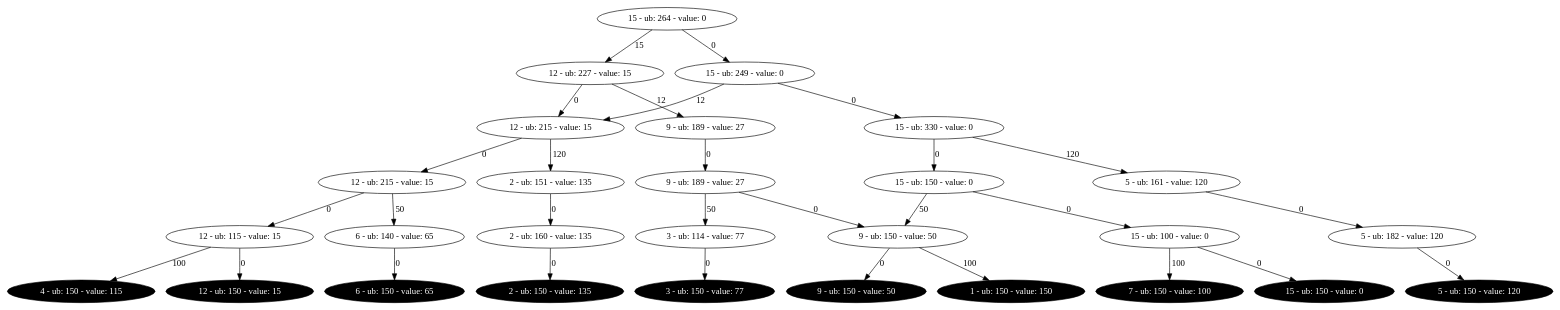
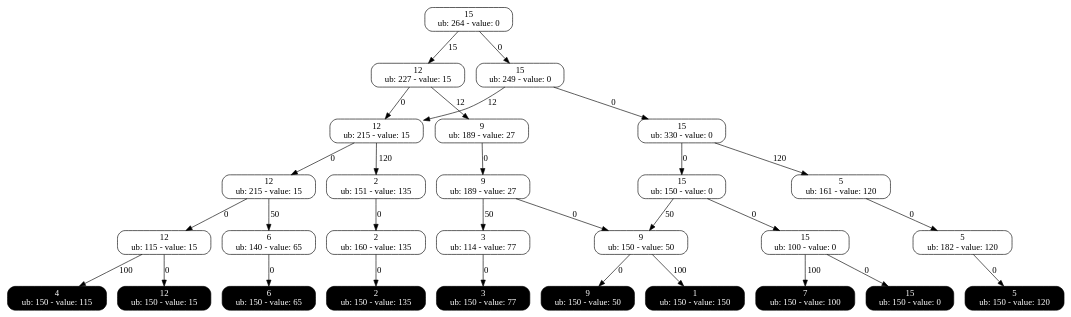
Before and after one commit to DDOLIB-CETIC-UCL/DDOLib: the diagram in output/KSProblem_exact.dot, drawn with Graphviz. The commit also changed 7 other files, not shown here.

```diff
--- a/output/KSProblem_exact.dot
+++ b/output/KSProblem_exact.dot
@@ -1,59 +1,87 @@
-Digraph restricted{
-1534030866 [label="15 - ub: 264 - value: 0", tooltip="Exact node"];
-666641942 [label="12 - ub: 227 - value: 15", tooltip="Exact node"];
-1534030866 -> 666641942 [label=15tooltip="Decision: assign 1 to var 0"];
-960604060 [label="15 - ub: 249 - value: 0", tooltip="Exact node"];
-1534030866 -> 960604060 [label=0tooltip="Decision: assign 0 to var 0"];
-1349393271 [label="9 - ub: 189 - value: 27", tooltip="Exact node"];
-666641942 -> 1349393271 [label=12tooltip="Decision: assign 1 to var 1"];
-1338668845 [label="12 - ub: 215 - value: 15", tooltip="Exact node"];
-666641942 -> 1338668845 [label=0tooltip="Decision: assign 0 to var 1"];
-960604060 -> 1338668845 [label=12tooltip="Decision: assign 1 to var 1"];
-159413332 [label="15 - ub: 330 - value: 0", tooltip="Exact node"];
-960604060 -> 159413332 [label=0tooltip="Decision: assign 0 to var 1"];
-1028214719 [label="2 - ub: 151 - value: 135", tooltip="Exact node"];
-1338668845 -> 1028214719 [label=120tooltip="Decision: assign 1 to var 2"];
-500977346 [label="5 - ub: 161 - value: 120", tooltip="Exact node"];
-159413332 -> 500977346 [label=120tooltip="Decision: assign 1 to var 2"];
-20132171 [label="9 - ub: 189 - value: 27", tooltip="Exact node"];
-1349393271 -> 20132171 [label=0tooltip="Decision: assign 0 to var 2"];
-186370029 [label="12 - ub: 215 - value: 15", tooltip="Exact node"];
-1338668845 -> 186370029 [label=0tooltip="Decision: assign 0 to var 2"];
-2094548358 [label="15 - ub: 150 - value: 0", tooltip="Exact node"];
-159413332 -> 2094548358 [label=0tooltip="Decision: assign 0 to var 2"];
-51228289 [label="2 - ub: 160 - value: 135", tooltip="Exact node"];
-1028214719 -> 51228289 [label=0tooltip="Decision: assign 0 to var 3"];
-455896770 [label="3 - ub: 114 - value: 77", tooltip="Exact node"];
-20132171 -> 455896770 [label=50tooltip="Decision: assign 1 to var 3"];
-1323165413 [label="5 - ub: 182 - value: 120", tooltip="Exact node"];
-500977346 -> 1323165413 [label=0tooltip="Decision: assign 0 to var 3"];
-1880587981 [label="6 - ub: 140 - value: 65", tooltip="Exact node"];
-186370029 -> 1880587981 [label=50tooltip="Decision: assign 1 to var 3"];
-511754216 [label="9 - ub: 150 - value: 50", tooltip="Exact node"];
-20132171 -> 511754216 [label=0tooltip="Decision: assign 0 to var 3"];
-2094548358 -> 511754216 [label=50tooltip="Decision: assign 1 to var 3"];
-1721931908 [label="12 - ub: 115 - value: 15", tooltip="Exact node"];
-186370029 -> 1721931908 [label=0tooltip="Decision: assign 0 to var 3"];
-1198108795 [label="15 - ub: 100 - value: 0", tooltip="Exact node"];
-2094548358 -> 1198108795 [label=0tooltip="Decision: assign 0 to var 3"];
-214126413 [label="1 - ub: 150 - value: 150", tooltip="Exact node", color=black, style=filled, fontcolor=white, tooltip="Terminal node"];
-511754216 -> 214126413 [label=100tooltip="Decision: assign 1 to var 4"];
-396873410 [label="2 - ub: 150 - value: 135", tooltip="Exact node", color=black, style=filled, fontcolor=white, tooltip="Terminal node"];
-51228289 -> 396873410 [label=0tooltip="Decision: assign 0 to var 4"];
-1706234378 [label="3 - ub: 150 - value: 77", tooltip="Exact node", color=black, style=filled, fontcolor=white, tooltip="Terminal node"];
-455896770 -> 1706234378 [label=0tooltip="Decision: assign 0 to var 4"];
-1867750575 [label="4 - ub: 150 - value: 115", tooltip="Exact node", color=black, style=filled, fontcolor=white, tooltip="Terminal node"];
-1721931908 -> 1867750575 [label=100tooltip="Decision: assign 1 to var 4"];
-2046562095 [label="5 - ub: 150 - value: 120", tooltip="Exact node", color=black, style=filled, fontcolor=white, tooltip="Terminal node"];
-1323165413 -> 2046562095 [label=0tooltip="Decision: assign 0 to var 4"];
-1342443276 [label="6 - ub: 150 - value: 65", tooltip="Exact node", color=black, style=filled, fontcolor=white, tooltip="Terminal node"];
-1880587981 -> 1342443276 [label=0tooltip="Decision: assign 0 to var 4"];
-769287236 [label="7 - ub: 150 - value: 100", tooltip="Exact node", color=black, style=filled, fontcolor=white, tooltip="Terminal node"];
-1198108795 -> 769287236 [label=100tooltip="Decision: assign 1 to var 4"];
-1587487668 [label="9 - ub: 150 - value: 50", tooltip="Exact node", color=black, style=filled, fontcolor=white, tooltip="Terminal node"];
-511754216 -> 1587487668 [label=0tooltip="Decision: assign 0 to var 4"];
-1199823423 [label="12 - ub: 150 - value: 15", tooltip="Exact node", color=black, style=filled, fontcolor=white, tooltip="Terminal node"];
-1721931908 -> 1199823423 [label=0tooltip="Decision: assign 0 to var 4"];
-932172204 [label="15 - ub: 150 - value: 0", tooltip="Exact node", color=black, style=filled, fontcolor=white, tooltip="Terminal node"];
-1198108795 -> 932172204 [label=0tooltip="Decision: assign 0 to var 4"];
+Digraph exact{
+495053715 [label="15
+ub: 264 - value: 0", style=rounded, shape=rectangle, tooltip="Exact node"];
+1854731462 [label="12
+ub: 227 - value: 15", style=rounded, shape=rectangle, tooltip="Exact node"];
+495053715 -> 1854731462 [label=15, tooltip="Decision: assign 1 to var 0"];
+317574433 [label="15
+ub: 249 - value: 0", style=rounded, shape=rectangle, tooltip="Exact node"];
+495053715 -> 317574433 [label=0, tooltip="Decision: assign 0 to var 0"];
+885284298 [label="9
+ub: 189 - value: 27", style=rounded, shape=rectangle, tooltip="Exact node"];
+1854731462 -> 885284298 [label=12, tooltip="Decision: assign 1 to var 1"];
+1389133897 [label="12
+ub: 215 - value: 15", style=rounded, shape=rectangle, tooltip="Exact node"];
+1854731462 -> 1389133897 [label=0, tooltip="Decision: assign 0 to var 1"];
+317574433 -> 1389133897 [label=12, tooltip="Decision: assign 1 to var 1"];
+1534030866 [label="15
+ub: 330 - value: 0", style=rounded, shape=rectangle, tooltip="Exact node"];
+317574433 -> 1534030866 [label=0, tooltip="Decision: assign 0 to var 1"];
+664223387 [label="2
+ub: 151 - value: 135", style=rounded, shape=rectangle, tooltip="Exact node"];
+1389133897 -> 664223387 [label=120, tooltip="Decision: assign 1 to var 2"];
+824909230 [label="5
+ub: 161 - value: 120", style=rounded, shape=rectangle, tooltip="Exact node"];
+1534030866 -> 824909230 [label=120, tooltip="Decision: assign 1 to var 2"];
+122883338 [label="9
+ub: 189 - value: 27", style=rounded, shape=rectangle, tooltip="Exact node"];
+885284298 -> 122883338 [label=0, tooltip="Decision: assign 0 to var 2"];
+666641942 [label="12
+ub: 215 - value: 15", style=rounded, shape=rectangle, tooltip="Exact node"];
+1389133897 -> 666641942 [label=0, tooltip="Decision: assign 0 to var 2"];
+960604060 [label="15
+ub: 150 - value: 0", style=rounded, shape=rectangle, tooltip="Exact node"];
+1534030866 -> 960604060 [label=0, tooltip="Decision: assign 0 to var 2"];
+1349393271 [label="2
+ub: 160 - value: 135", style=rounded, shape=rectangle, tooltip="Exact node"];
+664223387 -> 1349393271 [label=0, tooltip="Decision: assign 0 to var 3"];
+1338668845 [label="3
+ub: 114 - value: 77", style=rounded, shape=rectangle, tooltip="Exact node"];
+122883338 -> 1338668845 [label=50, tooltip="Decision: assign 1 to var 3"];
+159413332 [label="5
+ub: 182 - value: 120", style=rounded, shape=rectangle, tooltip="Exact node"];
+824909230 -> 159413332 [label=0, tooltip="Decision: assign 0 to var 3"];
+1028214719 [label="6
+ub: 140 - value: 65", style=rounded, shape=rectangle, tooltip="Exact node"];
+666641942 -> 1028214719 [label=50, tooltip="Decision: assign 1 to var 3"];
+500977346 [label="9
+ub: 150 - value: 50", style=rounded, shape=rectangle, tooltip="Exact node"];
+122883338 -> 500977346 [label=0, tooltip="Decision: assign 0 to var 3"];
+960604060 -> 500977346 [label=50, tooltip="Decision: assign 1 to var 3"];
+20132171 [label="12
+ub: 115 - value: 15", style=rounded, shape=rectangle, tooltip="Exact node"];
+666641942 -> 20132171 [label=0, tooltip="Decision: assign 0 to var 3"];
+186370029 [label="15
+ub: 100 - value: 0", style=rounded, shape=rectangle, tooltip="Exact node"];
+960604060 -> 186370029 [label=0, tooltip="Decision: assign 0 to var 3"];
+2094548358 [label="1
+ub: 150 - value: 150", style=rounded, shape=rectangle, tooltip="Exact node", style="filled, rounded", shape=rectangle, color=black, fontcolor=white, tooltip="Terminal node"];
+500977346 -> 2094548358 [label=100, tooltip="Decision: assign 1 to var 4"];
+51228289 [label="2
+ub: 150 - value: 135", style=rounded, shape=rectangle, tooltip="Exact node", style="filled, rounded", shape=rectangle, color=black, fontcolor=white, tooltip="Terminal node"];
+1349393271 -> 51228289 [label=0, tooltip="Decision: assign 0 to var 4"];
+455896770 [label="3
+ub: 150 - value: 77", style=rounded, shape=rectangle, tooltip="Exact node", style="filled, rounded", shape=rectangle, color=black, fontcolor=white, tooltip="Terminal node"];
+1338668845 -> 455896770 [label=0, tooltip="Decision: assign 0 to var 4"];
+1323165413 [label="4
+ub: 150 - value: 115", style=rounded, shape=rectangle, tooltip="Exact node", style="filled, rounded", shape=rectangle, color=black, fontcolor=white, tooltip="Terminal node"];
+20132171 -> 1323165413 [label=100, tooltip="Decision: assign 1 to var 4"];
+1880587981 [label="5
+ub: 150 - value: 120", style=rounded, shape=rectangle, tooltip="Exact node", style="filled, rounded", shape=rectangle, color=black, fontcolor=white, tooltip="Terminal node"];
+159413332 -> 1880587981 [label=0, tooltip="Decision: assign 0 to var 4"];
+511754216 [label="6
+ub: 150 - value: 65", style=rounded, shape=rectangle, tooltip="Exact node", style="filled, rounded", shape=rectangle, color=black, fontcolor=white, tooltip="Terminal node"];
+1028214719 -> 511754216 [label=0, tooltip="Decision: assign 0 to var 4"];
+1721931908 [label="7
+ub: 150 - value: 100", style=rounded, shape=rectangle, tooltip="Exact node", style="filled, rounded", shape=rectangle, color=black, fontcolor=white, tooltip="Terminal node"];
+186370029 -> 1721931908 [label=100, tooltip="Decision: assign 1 to var 4"];
+1198108795 [label="9
+ub: 150 - value: 50", style=rounded, shape=rectangle, tooltip="Exact node", style="filled, rounded", shape=rectangle, color=black, fontcolor=white, tooltip="Terminal node"];
+500977346 -> 1198108795 [label=0, tooltip="Decision: assign 0 to var 4"];
+214126413 [label="12
+ub: 150 - value: 15", style=rounded, shape=rectangle, tooltip="Exact node", style="filled, rounded", shape=rectangle, color=black, fontcolor=white, tooltip="Terminal node"];
+20132171 -> 214126413 [label=0, tooltip="Decision: assign 0 to var 4"];
+396873410 [label="15
+ub: 150 - value: 0", style=rounded, shape=rectangle, tooltip="Exact node", style="filled, rounded", shape=rectangle, color=black, fontcolor=white, tooltip="Terminal node"];
+186370029 -> 396873410 [label=0, tooltip="Decision: assign 0 to var 4"];
 }
```
